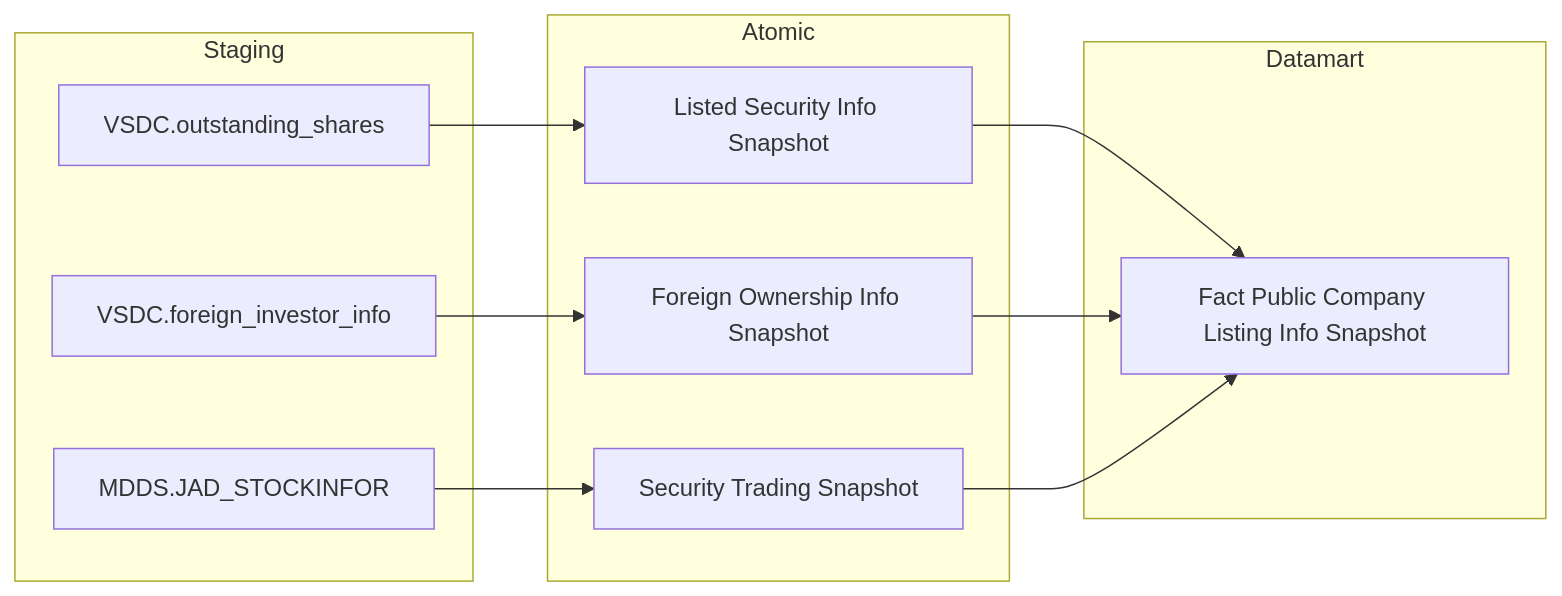
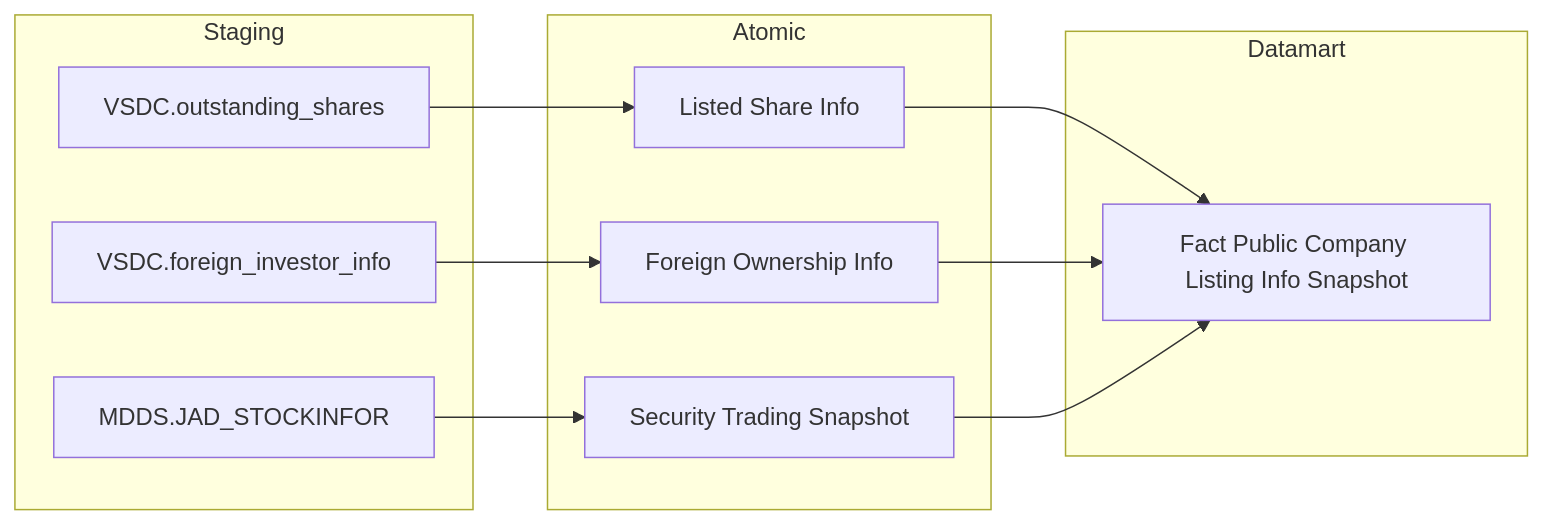
The fifth of 30 diagrams in Datamart/hld/DTM_NDTNN_HLD.md (linhlvit/ubck_atomic_design), drawn with Mermaid before and after one commit. The commit also changed other lines of this file and 11 other files, not shown here.

First line of the commit message:
refactor(VSDC): chuan hoa ten entity listed_share_info va foreign_ownership_info tren GSDC, GSTT, NDTNN

````diff
--- a/Datamart/hld/DTM_NDTNN_HLD.md
+++ b/Datamart/hld/DTM_NDTNN_HLD.md
@@ -191,22 +191,22 @@
 ```mermaid
 flowchart LR
     subgraph SRC["Staging"]
         S1["VSDC.outstanding_shares"]
         S2["VSDC.foreign_investor_info"]
         S3["MDDS.JAD_STOCKINFOR"]
     end
     subgraph SIL["Atomic"]
-        SV1["Listed Security Info Snapshot"]
-        SV2["Foreign Ownership Info Snapshot"]
+        SV1["Listed Share Info"]
+        SV2["Foreign Ownership Info"]
         SV3["Security Trading Snapshot"]
     end
     subgraph Datamart["Datamart"]
         G1["Fact Public Company Listing Info Snapshot"]
     end
     S1 --> SV1
     S2 --> SV2
     S3 --> SV3
     SV1 --> G1
     SV2 --> G1
     SV3 --> G1
 ```
````
